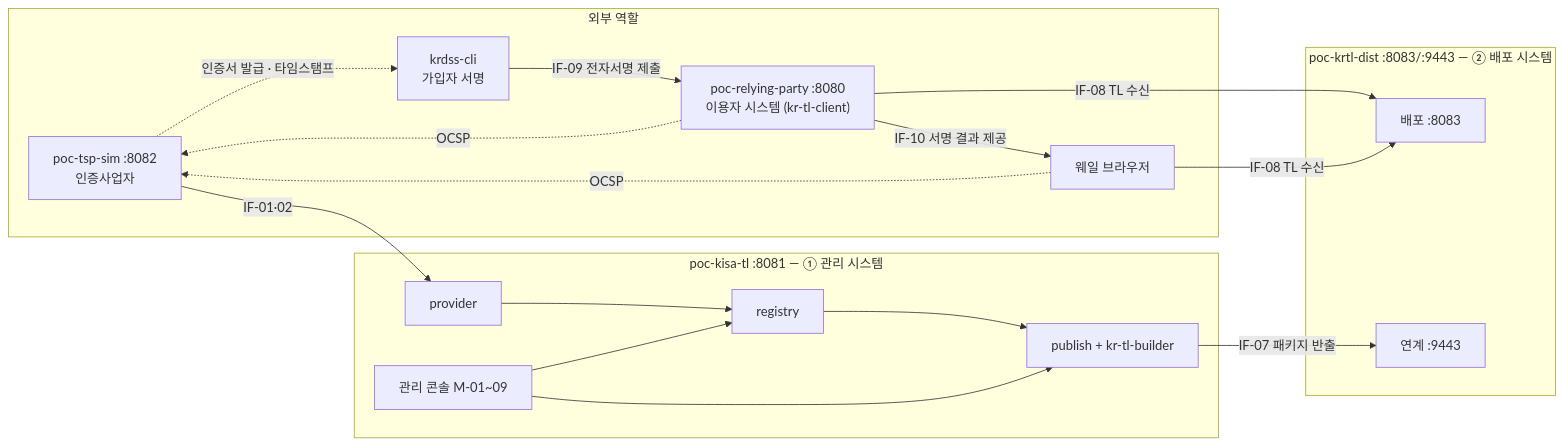
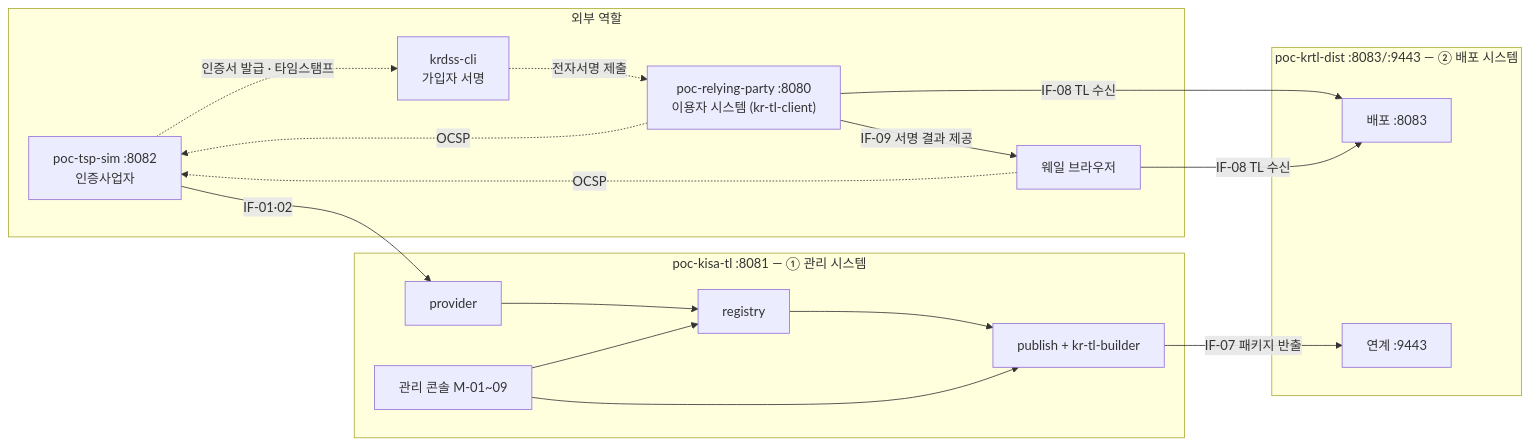
Before and after one commit to yongsungkim-electcerti/kr-dss: the diagram in docs/design/KR-TL-관리시스템/04-PoC-구성.md, drawn with Mermaid. The commit also changed 8 other files, not shown here.

````diff
--- a/docs/design/KR-TL-관리시스템/04-PoC-구성.md
+++ b/docs/design/KR-TL-관리시스템/04-PoC-구성.md
@@ -27,29 +27,29 @@
 ```mermaid
 flowchart LR
     subgraph EXT["외부 역할"]
         TSP["poc-tsp-sim :8082<br/>인증사업자"]
         USR["krdss-cli<br/>가입자 서명"]
         WH["웨일 브라우저"]
         RP["poc-relying-party :8080<br/>이용자 시스템 (kr-tl-client)"]
     end
     subgraph M["poc-kisa-tl :8081 — ① 관리 시스템"]
         CON["관리 콘솔 M-01~09"]
         PRV["provider"]
         REG["registry"]
         PUB["publish + kr-tl-builder"]
     end
     subgraph D["poc-krtl-dist :8083/:9443 — ② 배포 시스템"]
         DL["배포 :8083"]
         RCV["연계 :9443"]
     end
     TSP -- "IF-01·02" --> PRV --> REG --> PUB
     CON --> REG & PUB
     PUB -- "IF-07 패키지 반출" --> RCV
     RP -- "IF-08 TL 수신" --> DL
     WH -- "IF-08 TL 수신" --> DL
     TSP -. "인증서 발급 · 타임스탬프" .-> USR
-    USR -- "IF-09 전자서명 제출" --> RP
-    RP -- "IF-10 서명 결과 제공" --> WH
+    USR -. "전자서명 제출" .-> RP
+    RP -- "IF-09 서명 결과 제공" --> WH
     RP -. "OCSP" .-> TSP
     WH -. "OCSP" .-> TSP
 ```
````
